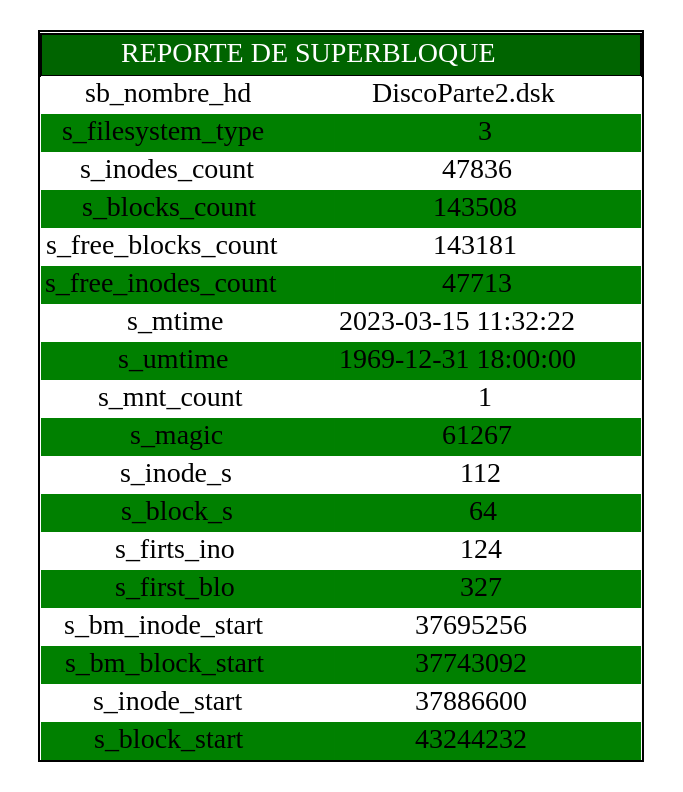
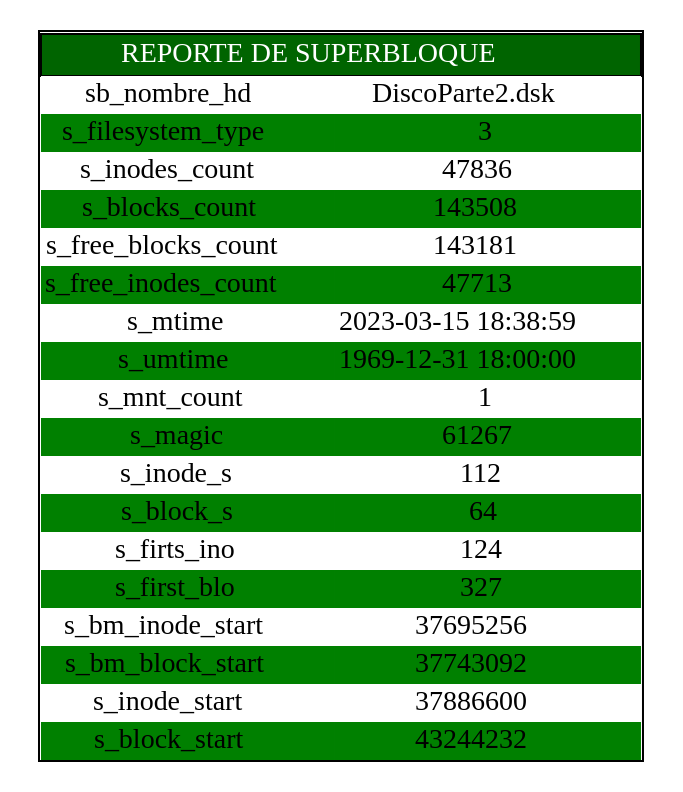
Before and after one commit to diegomazariegos2002/_MIA1S2023_PROYECTO1: the diagram in Proyecto/cmake-build-debug/superbloque.dot, drawn with Graphviz. The commit also changed 15 other files, not shown here.

```diff
--- a/Proyecto/cmake-build-debug/superbloque.dot
+++ b/Proyecto/cmake-build-debug/superbloque.dot
@@ -1,3 +1,3 @@
 digraph G {
 node[shape=none]
-start[label=<<table CELLSPACING="0"><tr><td colspan="2" bgcolor="darkgreen"><font color="white">REPORTE DE SUPERBLOQUE</font></td></tr><tr><td bgcolor="white" border="0">sb_nombre_hd</td><td bgcolor="white" border="0">DiscoParte2.dsk</td>)</tr><tr><td bgcolor="green" border="0">s_filesystem_type</td><td bgcolor="green" border="0">3</td>)</tr><tr><td bgcolor="white" border="0">s_inodes_count</td><td bgcolor="white" border="0">47836</td>)</tr><tr><td bgcolor="green" border="0">s_blocks_count</td><td bgcolor="green" border="0">143508</td>)</tr><tr><td bgcolor="white" border="0">s_free_blocks_count</td><td bgcolor="white" border="0">143181</td>)</tr><tr><td bgcolor="green" border="0">s_free_inodes_count</td><td bgcolor="green" border="0">47713</td>)</tr><tr><td bgcolor="white" border="0">s_mtime</td><td bgcolor="white" border="0">2023-03-15 11:32:22</td>)</tr><tr><td bgcolor="green" border="0">s_umtime</td><td bgcolor="green" border="0">1969-12-31 18:00:00</td>)</tr><tr><td bgcolor="white" border="0">s_mnt_count</td><td bgcolor="white" border="0">1</td>)</tr><tr><td bgcolor="green" border="0">s_magic</td><td bgcolor="green" border="0">61267</td>)</tr><tr><td bgcolor="white" border="0">s_inode_s</td><td bgcolor="white" border="0">112</td>)</tr><tr><td bgcolor="green" border="0">s_block_s</td><td bgcolor="green" border="0">64</td>)</tr><tr><td bgcolor="white" border="0">s_firts_ino</td><td bgcolor="white" border="0">124</td>)</tr><tr><td bgcolor="green" border="0">s_first_blo</td><td bgcolor="green" border="0">327</td>)</tr><tr><td bgcolor="white" border="0">s_bm_inode_start</td><td bgcolor="white" border="0">37695256</td>)</tr><tr><td bgcolor="green" border="0">s_bm_block_start</td><td bgcolor="green" border="0">37743092</td>)</tr><tr><td bgcolor="white" border="0">s_inode_start</td><td bgcolor="white" border="0">37886600</td>)</tr><tr><td bgcolor="green" border="0">s_block_start</td><td bgcolor="green" border="0">43244232</td>)</tr></table>>];}
+start[label=<<table CELLSPACING="0"><tr><td colspan="2" bgcolor="darkgreen"><font color="white">REPORTE DE SUPERBLOQUE</font></td></tr><tr><td bgcolor="white" border="0">sb_nombre_hd</td><td bgcolor="white" border="0">DiscoParte2.dsk</td>)</tr><tr><td bgcolor="green" border="0">s_filesystem_type</td><td bgcolor="green" border="0">3</td>)</tr><tr><td bgcolor="white" border="0">s_inodes_count</td><td bgcolor="white" border="0">47836</td>)</tr><tr><td bgcolor="green" border="0">s_blocks_count</td><td bgcolor="green" border="0">143508</td>)</tr><tr><td bgcolor="white" border="0">s_free_blocks_count</td><td bgcolor="white" border="0">143181</td>)</tr><tr><td bgcolor="green" border="0">s_free_inodes_count</td><td bgcolor="green" border="0">47713</td>)</tr><tr><td bgcolor="white" border="0">s_mtime</td><td bgcolor="white" border="0">2023-03-15 18:38:59</td>)</tr><tr><td bgcolor="green" border="0">s_umtime</td><td bgcolor="green" border="0">1969-12-31 18:00:00</td>)</tr><tr><td bgcolor="white" border="0">s_mnt_count</td><td bgcolor="white" border="0">1</td>)</tr><tr><td bgcolor="green" border="0">s_magic</td><td bgcolor="green" border="0">61267</td>)</tr><tr><td bgcolor="white" border="0">s_inode_s</td><td bgcolor="white" border="0">112</td>)</tr><tr><td bgcolor="green" border="0">s_block_s</td><td bgcolor="green" border="0">64</td>)</tr><tr><td bgcolor="white" border="0">s_firts_ino</td><td bgcolor="white" border="0">124</td>)</tr><tr><td bgcolor="green" border="0">s_first_blo</td><td bgcolor="green" border="0">327</td>)</tr><tr><td bgcolor="white" border="0">s_bm_inode_start</td><td bgcolor="white" border="0">37695256</td>)</tr><tr><td bgcolor="green" border="0">s_bm_block_start</td><td bgcolor="green" border="0">37743092</td>)</tr><tr><td bgcolor="white" border="0">s_inode_start</td><td bgcolor="white" border="0">37886600</td>)</tr><tr><td bgcolor="green" border="0">s_block_start</td><td bgcolor="green" border="0">43244232</td>)</tr></table>>];}
```
